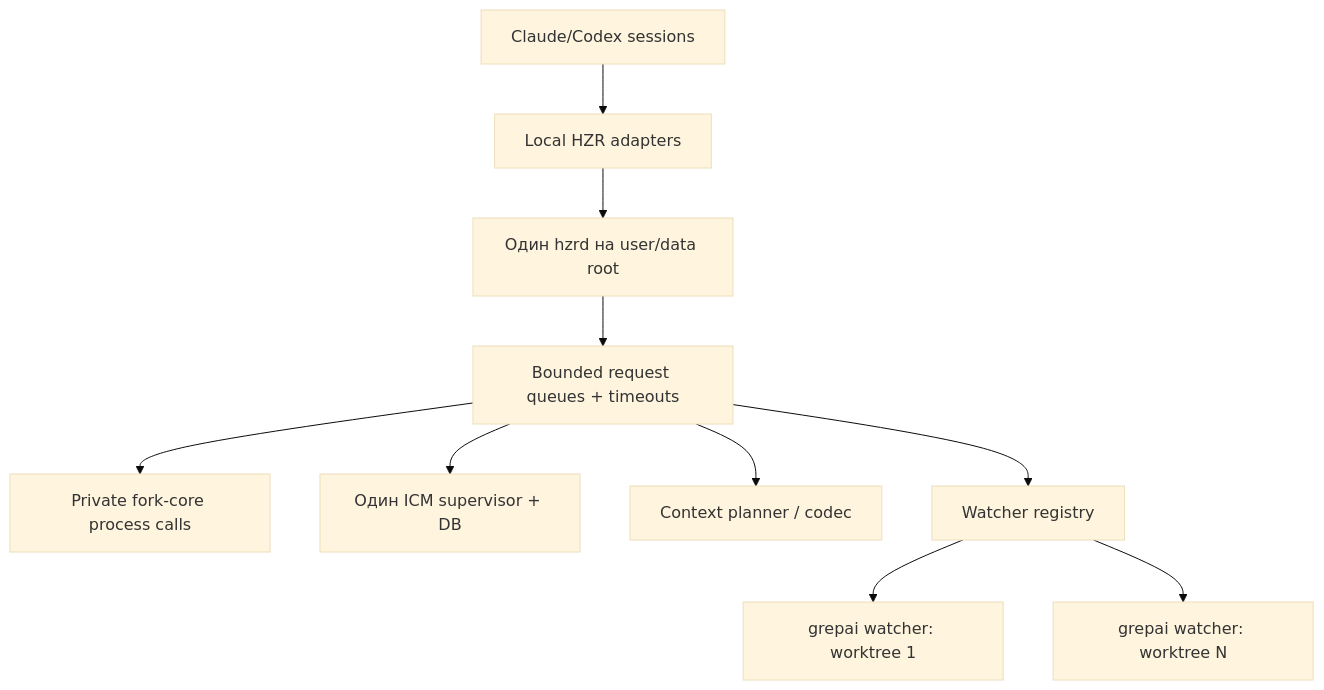
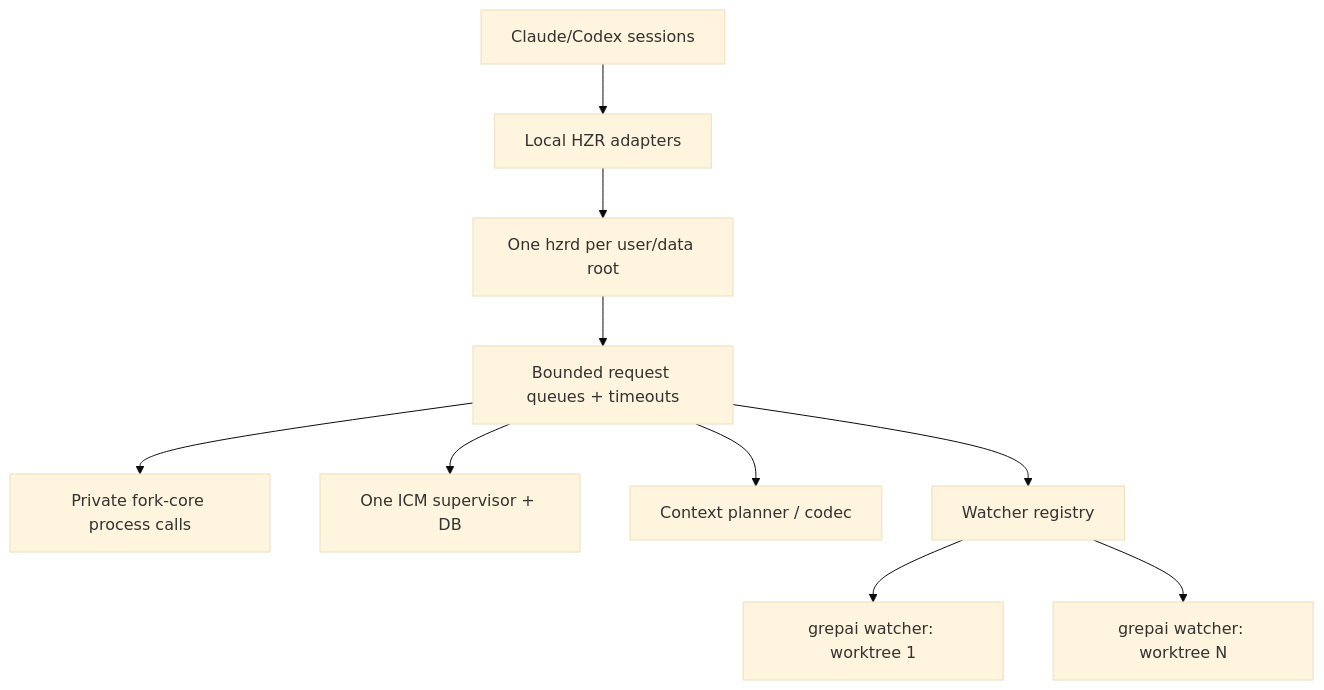
One commit to heAdz0r/hzr changed the diagram in docs/issues/20260731_224733_perf-report.md. Above: the diagram before and after it, drawn with Mermaid (base theme). The commit also changed other lines of this file and 11 other files, not shown here.

````diff
--- a/docs/issues/20260731_224733_perf-report.md
+++ b/docs/issues/20260731_224733_perf-report.md
@@ -11,12 +11,12 @@
 ```mermaid
 graph TD
     A["Claude/Codex sessions"] --> H["Local HZR adapters"]
-    H --> D["Один hzrd на user/data root"]
+    H --> D["One hzrd per user/data root"]
     D --> P["Bounded request queues + timeouts"]
     P --> R["Private fork-core process calls"]
-    P --> I["Один ICM supervisor + DB"]
+    P --> I["One ICM supervisor + DB"]
     P --> C["Context planner / codec"]
     P --> W["Watcher registry"]
     W --> G1["grepai watcher: worktree 1"]
     W --> GN["grepai watcher: worktree N"]
 ```
````
